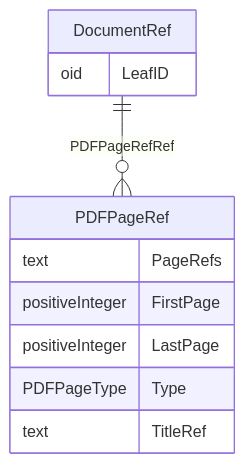
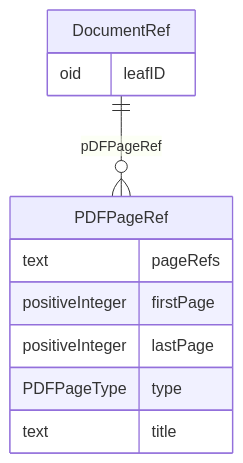
One commit to cdisc-org/DataExchange-ODM-LinkML changed the diagram in docs/DocumentRef.md. Above: the diagram before and after it, drawn with Mermaid. The commit also changed other lines of this file and 759 other files, not shown here.

````diff
--- a/docs/DocumentRef.md
+++ b/docs/DocumentRef.md
@@ -11,16 +11,16 @@
 ```mermaid
 erDiagram
 DocumentRef {
-    oid LeafID  
+    oid leafID  
 }
 PDFPageRef {
-    text PageRefs  
-    positiveInteger FirstPage  
-    positiveInteger LastPage  
-    PDFPageType Type  
-    text TitleRef  
+    text pageRefs  
+    positiveInteger firstPage  
+    positiveInteger lastPage  
+    PDFPageType type  
+    text title  
 }
 
-DocumentRef ||--}o PDFPageRef : "PDFPageRefRef"
+DocumentRef ||--}o PDFPageRef : "pDFPageRef"
 
 ```
````
